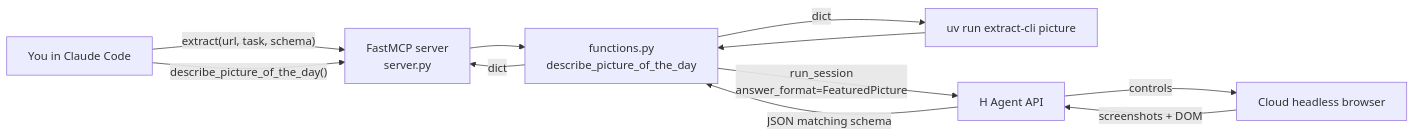
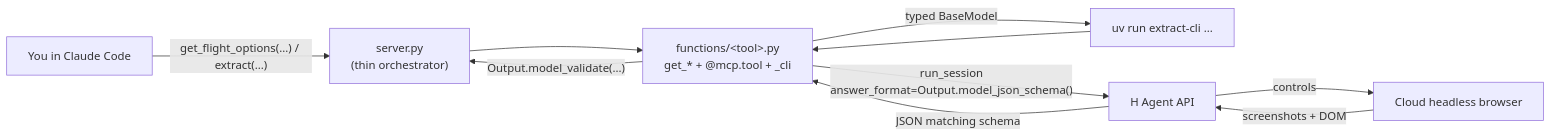
One commit to exemplary-citizen/computer-use-hackathon changed the diagram in examples/extract_anything/README.md. Above: the diagram before and after it, drawn with Mermaid. The commit also changed other lines of this file and 16 other files, not shown here.

First line of the commit message:
[examples] - feature: add a library of typed extractor functions

````diff
--- a/examples/extract_anything/README.md
+++ b/examples/extract_anything/README.md
@@ -64,13 +106,12 @@
 ```mermaid
 flowchart LR
-  cc["You in Claude Code"] -->|"extract(url, task, schema)"| mcp["FastMCP server<br/>server.py"]
-  cc -->|"describe_picture_of_the_day()"| mcp
-  cli["uv run extract-cli picture"] --> fns["functions.py<br/>describe_picture_of_the_day"]
-  mcp --> fns
-  fns -->|"run_session<br/>answer_format=FeaturedPicture"| api["H Agent API"]
+  cc["You in Claude Code"] -->|"get_flight_options(...) / extract(...)"| mcp["server.py<br/>(thin orchestrator)"]
+  cli["uv run extract-cli ..."] --> pyfn["functions/&lt;tool&gt;.py<br/>get_* + @mcp.tool + _cli"]
+  mcp --> pyfn
+  pyfn -->|"run_session<br/>answer_format=Output.model_json_schema()"| api["H Agent API"]
   api -->|controls| browser["Cloud headless browser"]
   browser -->|"screenshots + DOM"| api
-  api -->|"JSON matching schema"| fns
-  fns -->|dict| mcp
-  fns -->|dict| cli
+  api -->|"JSON matching schema"| pyfn
+  pyfn -->|"Output.model_validate(...)"| mcp
+  pyfn -->|"typed BaseModel"| cli
 ```
````
